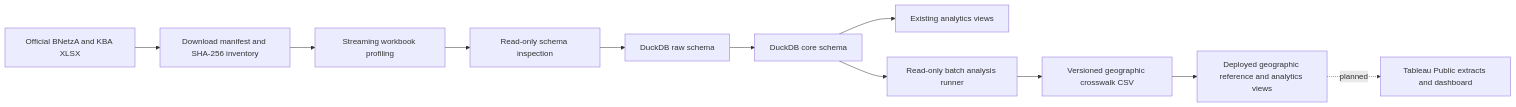
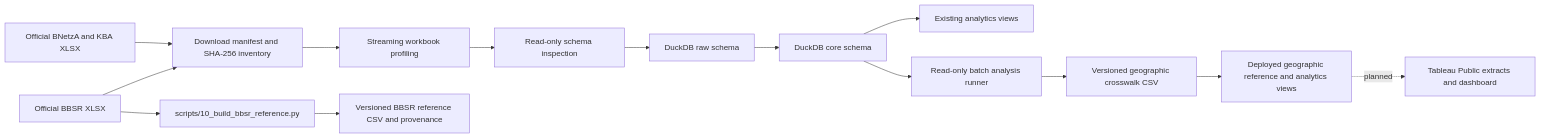
The diagram in README.md (sonazariso/germany-ev-charging-analytics), drawn with Mermaid before and after one commit. The commit also changed other lines of this file and 27 other files, not shown here.

Commit message:
feat: add versioned BBSR reference preparation (Batch 10)

```diff
--- a/README.md
+++ b/README.md
@@ -55,13 +56,16 @@
 ~~~mermaid
 flowchart LR
     A[Official BNetzA and KBA XLSX] --> B[Download manifest and SHA-256 inventory]
+    A2[Official BBSR XLSX] --> B
     B --> C[Streaming workbook profiling]
     C --> D[Read-only schema inspection]
     D --> E[DuckDB raw schema]
     E --> F[DuckDB core schema]
     F --> G[Existing analytics views]
     F --> H[Read-only batch analysis runner]
     H --> I[Versioned geographic crosswalk CSV]
     I --> J[Deployed geographic reference and analytics views]
+    A2 --> L[scripts/10_build_bbsr_reference.py]
+    L --> M[Versioned BBSR reference CSV and provenance]
     J -. planned .-> K[Tableau Public extracts and dashboard]
 ~~~
```
